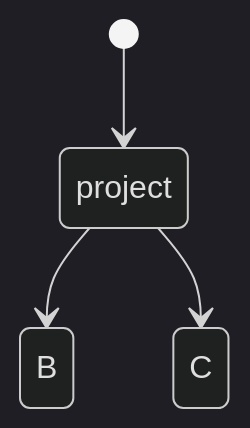
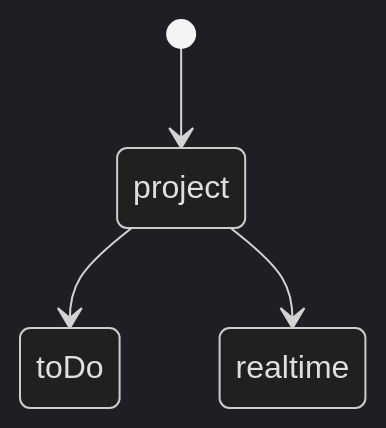
Before and after one commit to ehsanSepahi/ehsanSepahi: the diagram in README.md, drawn with Mermaid (dark theme).

````diff
--- a/README.md
+++ b/README.md
@@ -21,7 +21,7 @@
 ```mermaid
 stateDiagram
     [*] --> project
-    project --> B
-    project --> C
+    project --> toDo
+    project --> realtime
     
 ```
````
